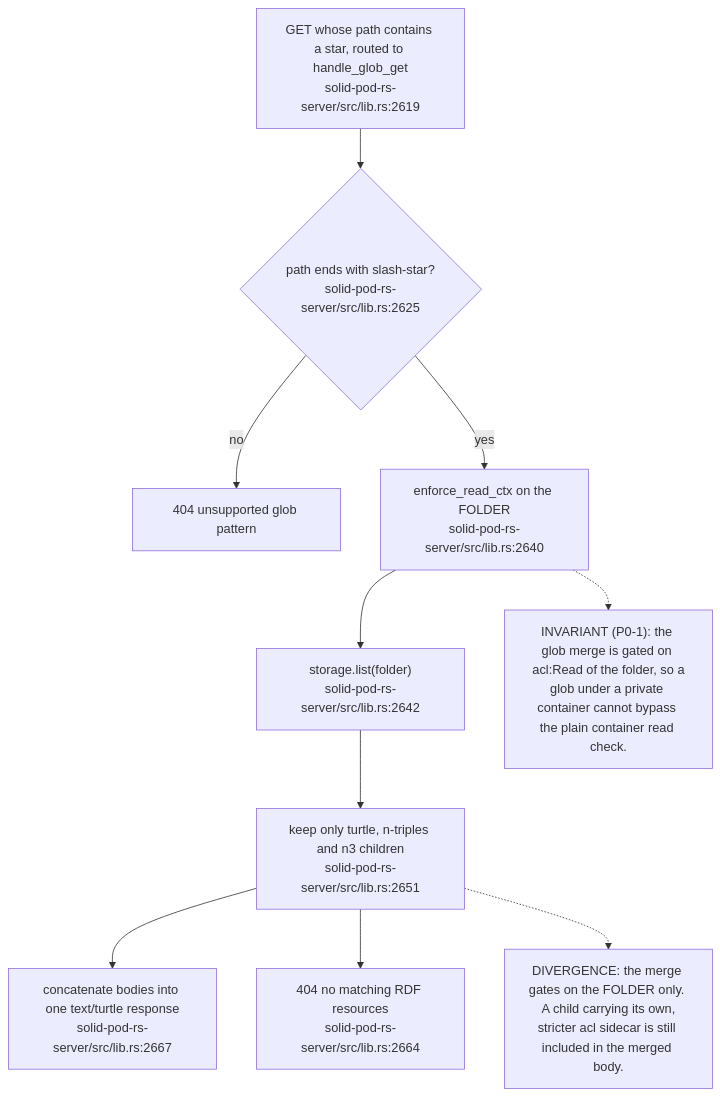
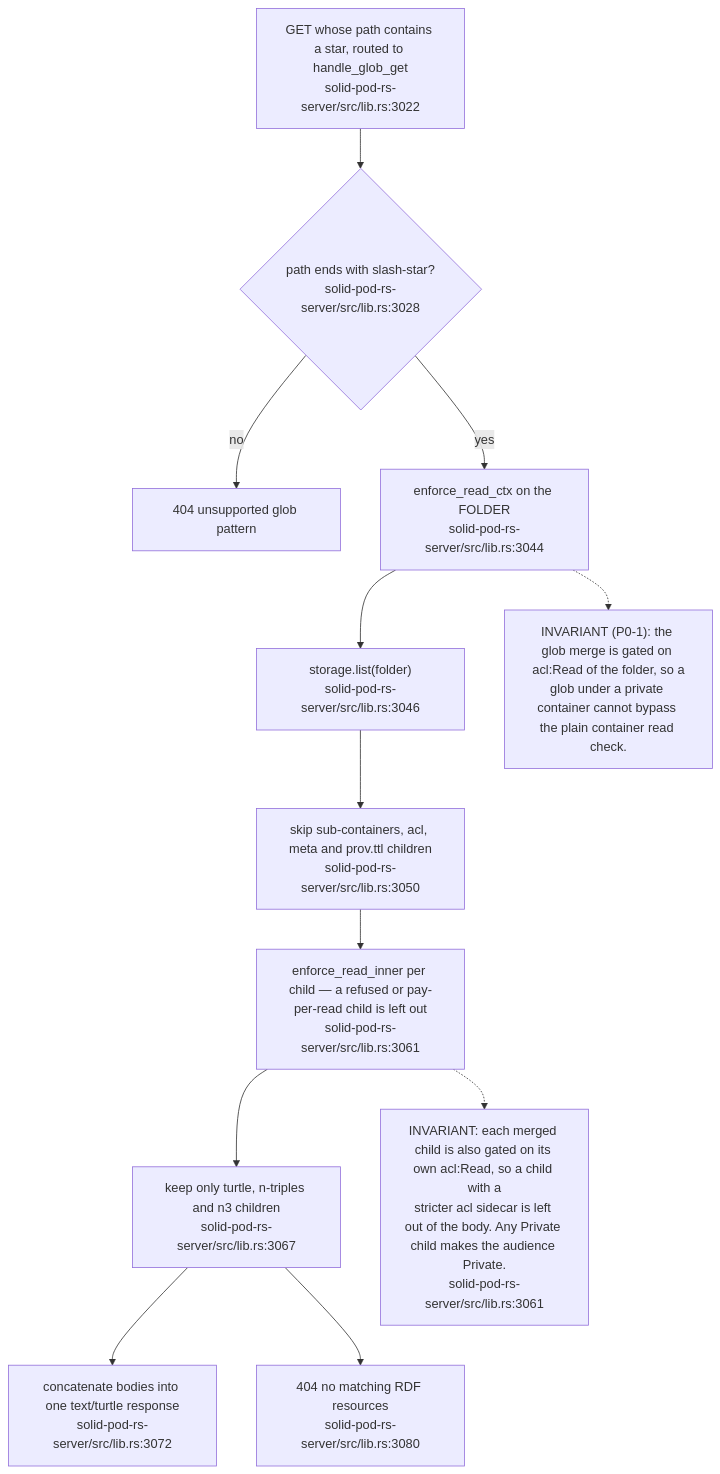
The eighth of 11 diagrams in docs/diagrams/solid-pod-rs/03-ldp-request-lifecycle.md (DreamLab-AI/VisionFlow), drawn with Mermaid before and after one commit. The commit also changed other lines of this file and 160 other files, not shown here.

````diff
--- a/docs/diagrams/solid-pod-rs/03-ldp-request-lifecycle.md
+++ b/docs/diagrams/solid-pod-rs/03-ldp-request-lifecycle.md
@@ -242,21 +252,23 @@
 ```mermaid
 flowchart TD
-    IN["GET whose path contains a star, routed to handle_glob_get<br/>solid-pod-rs-server/src/lib.rs:2619"]
-    PAT{"path ends with slash-star?<br/>solid-pod-rs-server/src/lib.rs:2625"}
+    IN["GET whose path contains a star, routed to handle_glob_get<br/>solid-pod-rs-server/src/lib.rs:3022"]
+    PAT{"path ends with slash-star?<br/>solid-pod-rs-server/src/lib.rs:3028"}
     NF["404 unsupported glob pattern"]
-    GATE["enforce_read_ctx on the FOLDER<br/>solid-pod-rs-server/src/lib.rs:2640"]
-    LIST["storage.list(folder)<br/>solid-pod-rs-server/src/lib.rs:2642"]
-    FILTER["keep only turtle, n-triples and n3 children<br/>solid-pod-rs-server/src/lib.rs:2651"]
-    MERGE["concatenate bodies into one text/turtle response<br/>solid-pod-rs-server/src/lib.rs:2667"]
-    EMPTY["404 no matching RDF resources<br/>solid-pod-rs-server/src/lib.rs:2664"]
+    GATE["enforce_read_ctx on the FOLDER<br/>solid-pod-rs-server/src/lib.rs:3044"]
+    LIST["storage.list(folder)<br/>solid-pod-rs-server/src/lib.rs:3046"]
+    SKIP["skip sub-containers, acl, meta and prov.ttl children<br/>solid-pod-rs-server/src/lib.rs:3050"]
+    CHILD["enforce_read_inner per child — a refused or pay-per-read child is left out<br/>solid-pod-rs-server/src/lib.rs:3061"]
+    FILTER["keep only turtle, n-triples and n3 children<br/>solid-pod-rs-server/src/lib.rs:3067"]
+    MERGE["concatenate bodies into one text/turtle response<br/>solid-pod-rs-server/src/lib.rs:3072"]
+    EMPTY["404 no matching RDF resources<br/>solid-pod-rs-server/src/lib.rs:3080"]
 
     IN --> PAT
     PAT -- no --> NF
-    PAT -- yes --> GATE --> LIST --> FILTER --> MERGE
+    PAT -- yes --> GATE --> LIST --> SKIP --> CHILD --> FILTER --> MERGE
     FILTER --> EMPTY
 
     N["INVARIANT (P0-1): the glob merge is gated on acl:Read of the folder, so a<br/>glob under a private container cannot bypass the plain container read check."]
     GATE -.-> N
-    N2["DIVERGENCE: the merge gates on the FOLDER only. A child carrying its own,<br/>stricter acl sidecar is still included in the merged body."]
-    FILTER -.-> N2
+    N2["INVARIANT: each merged child is also gated on its own acl:Read, so a child with a<br/>stricter acl sidecar is left out of the body. Any Private child makes the audience Private.<br/>solid-pod-rs-server/src/lib.rs:3061"]
+    CHILD -.-> N2
 ```
````
